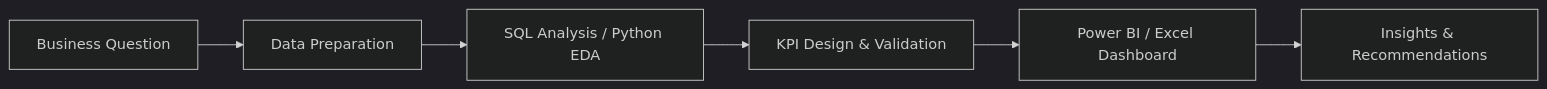
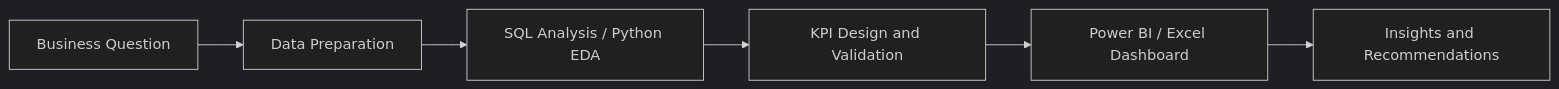
Before and after one commit to Abdel-Alim/Abdel-Alim: the diagram in README.md, drawn with Mermaid (dark theme). The commit also changed other lines of this file, not shown here.

````diff
--- a/README.md
+++ b/README.md
@@ -146,8 +167,8 @@
 ```mermaid
 flowchart LR
     A[Business Question] --> B[Data Preparation]
     B --> C[SQL Analysis / Python EDA]
-    C --> D[KPI Design & Validation]
+    C --> D[KPI Design and Validation]
     D --> E[Power BI / Excel Dashboard]
-    E --> F[Insights & Recommendations]
+    E --> F[Insights and Recommendations]
 ```
````
